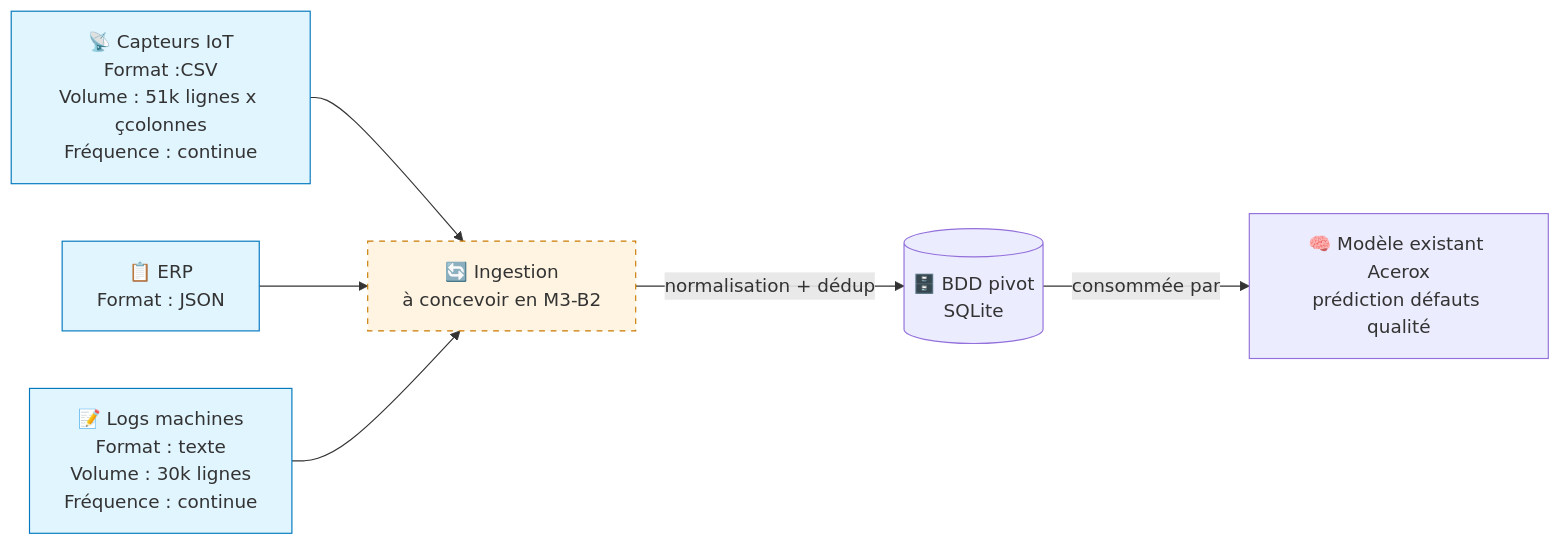
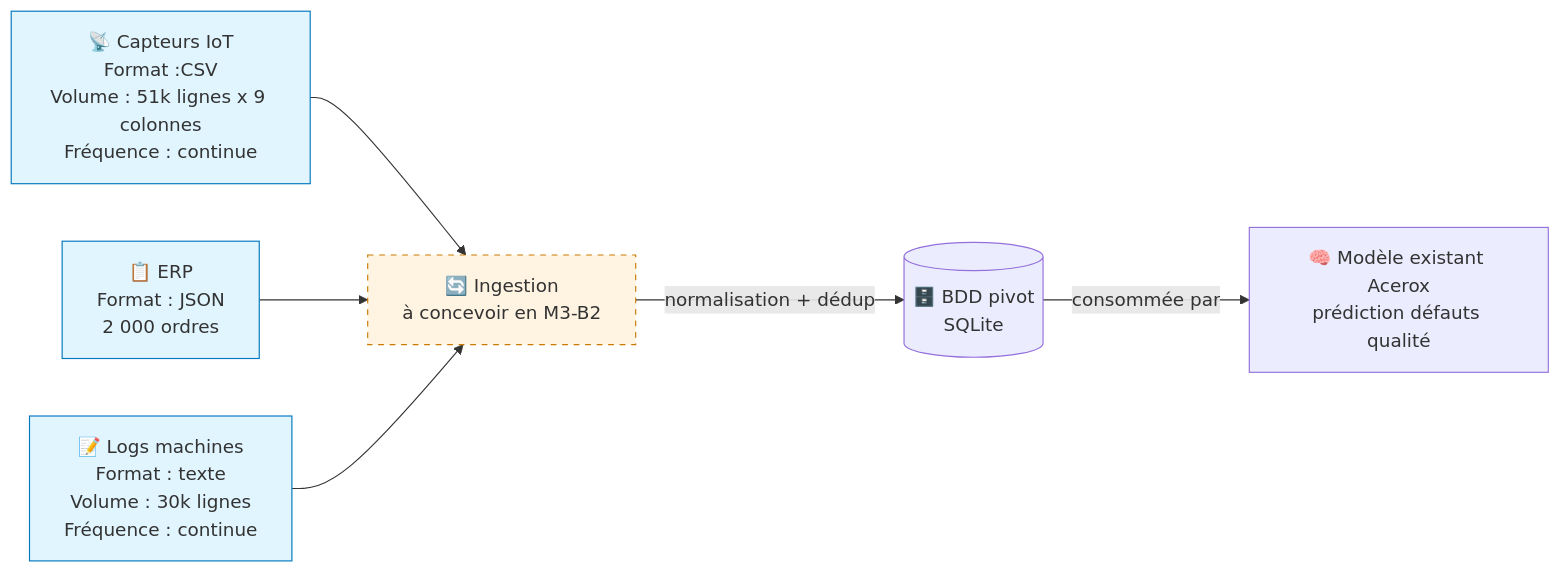
The diagram in flux_donnees.md (joellegermanos-prog/M3-B1), drawn with Mermaid before and after one commit. The commit also changed other lines of this file and 1 other file, not shown here.

````diff
--- a/flux_donnees.md
+++ b/flux_donnees.md
@@ -13,23 +13,23 @@
 ```mermaid
 flowchart LR
     %% TODO — Compléter avec tes 3 sources retenues + 1 bonus si traité
 
-    SRC1[📡 Capteurs IoT<br/>Format :CSV<br/>Volume : 51k lignes x çcolonnes<br/>Fréquence : continue]
-    SRC2[📋 ERP<br/>Format : JSON]
+    SRC1[📡 Capteurs IoT<br/>Format :CSV<br/>Volume : 51k lignes x 9 colonnes<br/>Fréquence : continue]
+    SRC2[📋 ERP<br/>Format : JSON<br/>2 000 ordres<br/>]
     SRC3[📝 Logs machines<br/>Format : texte<br/>Volume : 30k lignes<br/>Fréquence : continue]
 
     INGEST[🔄 Ingestion<br/>à concevoir en M3-B2]
     BDD[(🗄️ BDD pivot<br/>SQLite)]
     MODEL[🧠 Modèle existant Acerox<br/>prédiction défauts qualité]
 
     SRC1 --> INGEST
     SRC2 --> INGEST
     SRC3 --> INGEST
     INGEST -->|normalisation + dédup| BDD
     BDD -->|consommée par| MODEL
 
     classDef source fill:#e1f5ff,stroke:#0277bd
     classDef tofix fill:#fff4e1,stroke:#c97a00,stroke-dasharray: 5 5
     class SRC1,SRC2,SRC3 source
     class INGEST tofix
 ```
````
